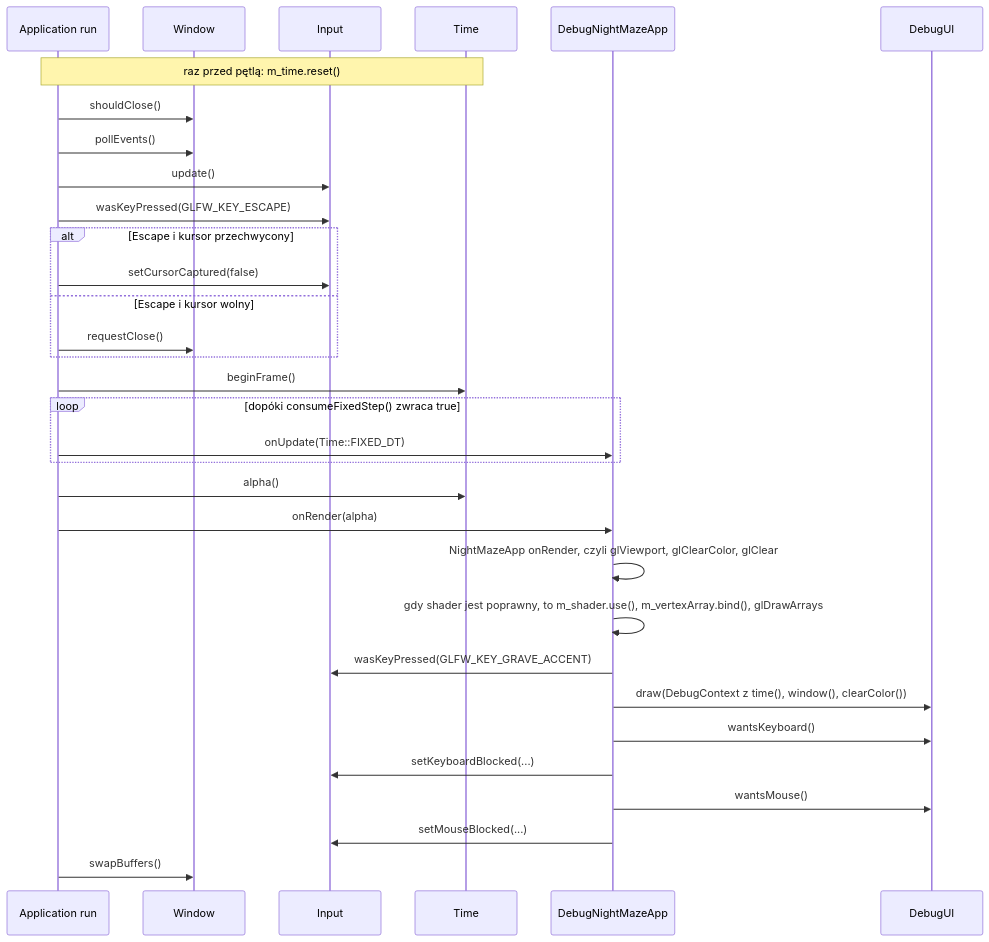
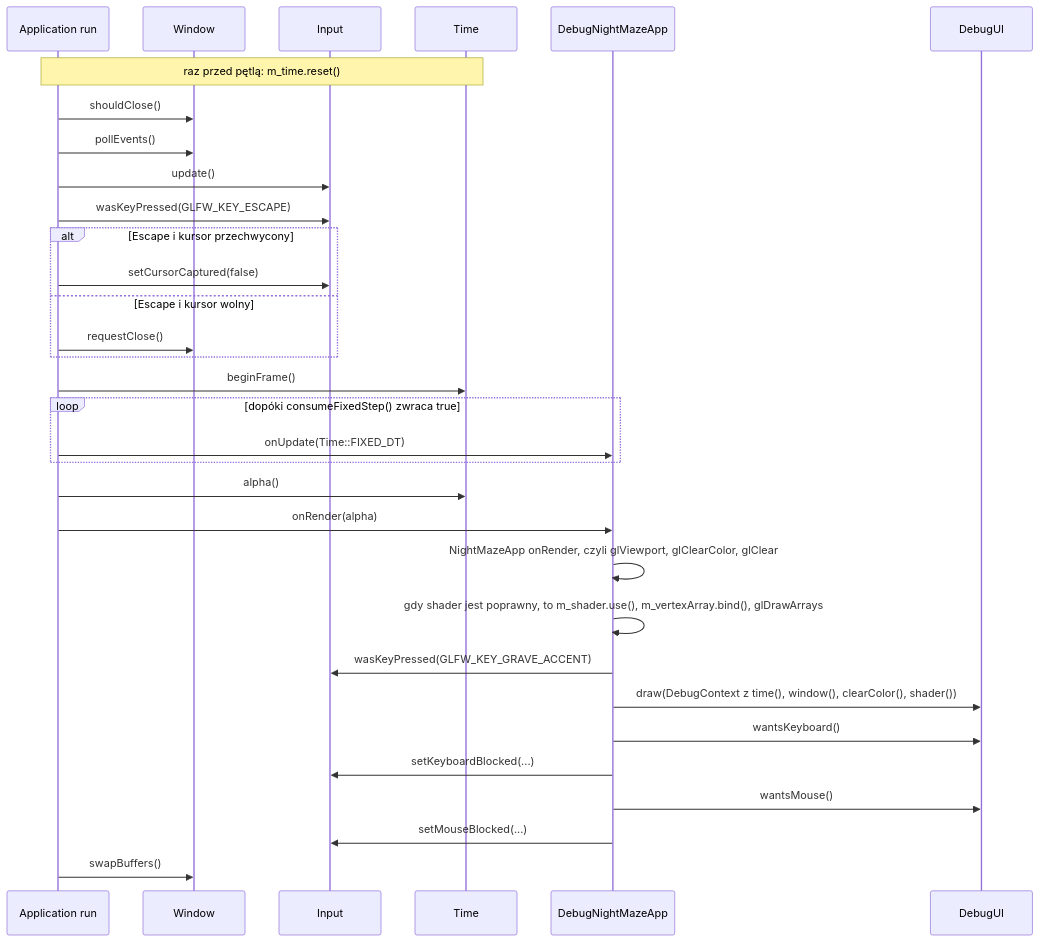
One commit to Shironex/night-maze changed the second of 3 diagrams in docs/modules/core/README.md. Above: the diagram before and after it, drawn with Mermaid. The commit also changed other lines of this file and 22 other files, not shown here.

````diff
--- a/docs/modules/core/README.md
+++ b/docs/modules/core/README.md
@@ -71,34 +72,34 @@
 ```mermaid
 sequenceDiagram
     participant Run as Application run
     participant Win as Window
     participant In as Input
     participant T as Time
     participant App as DebugNightMazeApp
     participant UI as DebugUI
     Note over Run,T: raz przed pętlą: m_time.reset()
     Run->>Win: shouldClose()
     Run->>Win: pollEvents()
     Run->>In: update()
     Run->>In: wasKeyPressed(GLFW_KEY_ESCAPE)
     alt Escape i kursor przechwycony
         Run->>In: setCursorCaptured(false)
     else Escape i kursor wolny
         Run->>Win: requestClose()
     end
     Run->>T: beginFrame()
     loop dopóki consumeFixedStep() zwraca true
         Run->>App: onUpdate(Time::FIXED_DT)
     end
     Run->>T: alpha()
     Run->>App: onRender(alpha)
     App->>App: NightMazeApp onRender, czyli glViewport, glClearColor, glClear
     App->>App: gdy shader jest poprawny, to m_shader.use(), m_vertexArray.bind(), glDrawArrays
     App->>In: wasKeyPressed(GLFW_KEY_GRAVE_ACCENT)
-    App->>UI: draw(DebugContext z time(), window(), clearColor())
+    App->>UI: draw(DebugContext z time(), window(), clearColor(), shader())
     App->>UI: wantsKeyboard()
     App->>In: setKeyboardBlocked(...)
     App->>UI: wantsMouse()
     App->>In: setMouseBlocked(...)
     Run->>Win: swapBuffers()
 ```
````
